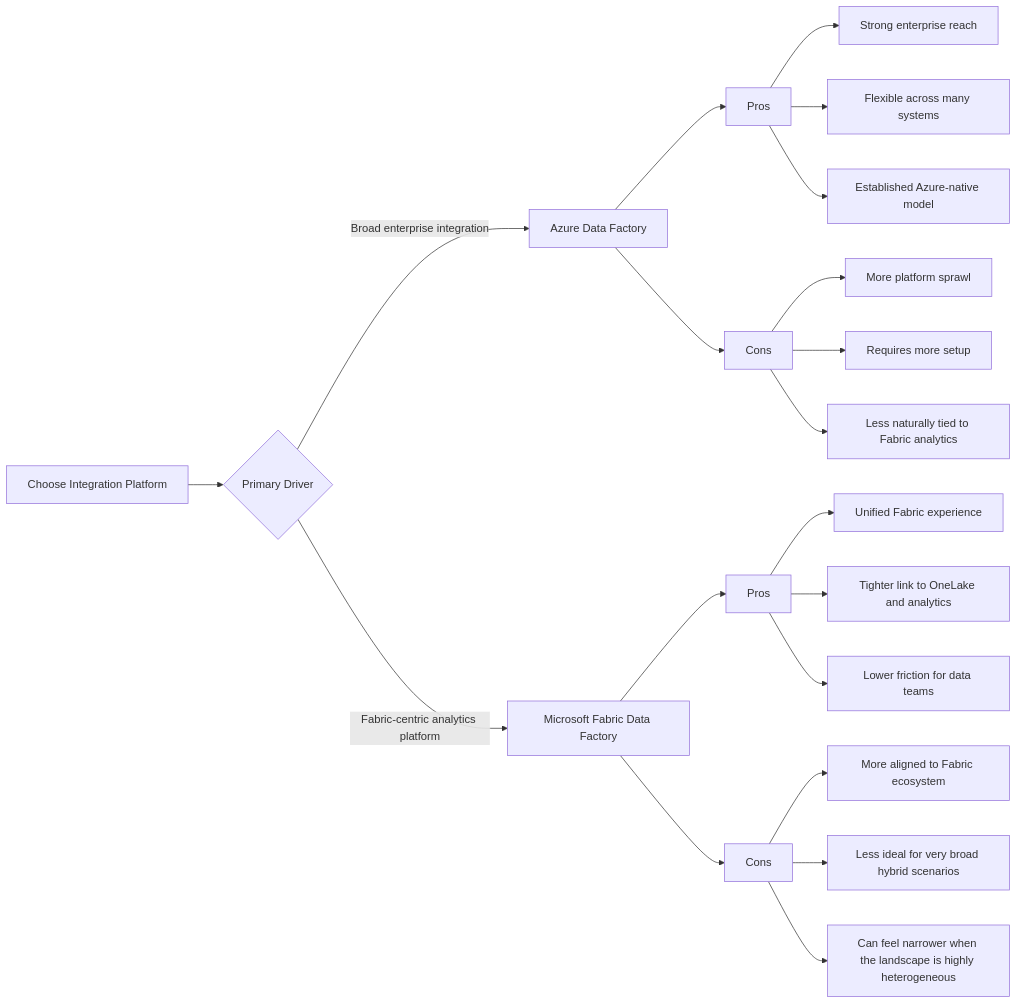
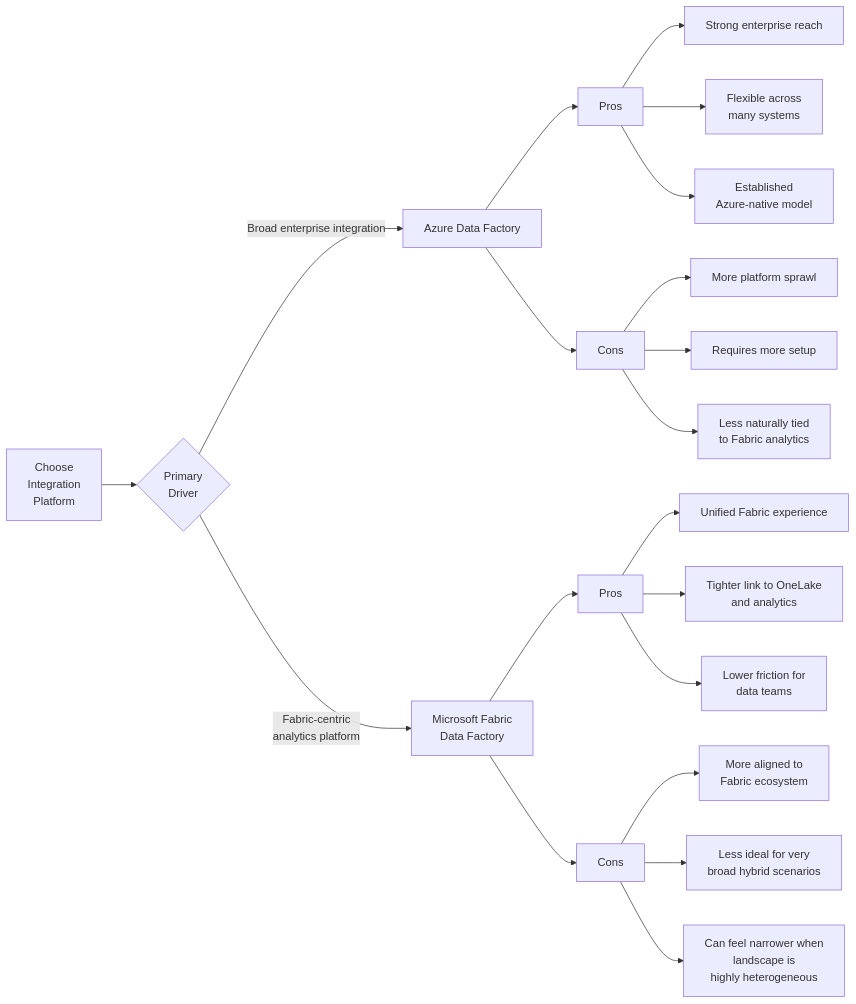
One commit to banban/architecture-as-code changed the sixth of 6 diagrams in blueprints/AIA/README.md. Above: the diagram before and after it, drawn with Mermaid. The commit also changed other lines of this file, not shown here.

Commit message:
add more concepts

````diff
--- a/blueprints/AIA/README.md
+++ b/blueprints/AIA/README.md
@@ -175,27 +224,27 @@
 ```mermaid
 flowchart LR
-    A[Choose Integration Platform] --> B{Primary Driver}
+    A[Choose<br/>Integration<br/>Platform] --> B{Primary<br/>Driver}
     B -->|Broad enterprise integration| C[Azure Data Factory]
-    B -->|Fabric-centric analytics platform| D[Microsoft Fabric Data Factory]
+    B -->|Fabric-centric<br/>analytics platform| D[Microsoft Fabric<br/>Data Factory]
 
     C --> E[Pros]
     C --> F[Cons]
     D --> G[Pros]
     D --> H[Cons]
 
     E --> E1[Strong enterprise reach]
-    E --> E2[Flexible across many systems]
-    E --> E3[Established Azure-native model]
+    E --> E2[Flexible across<br/>many systems]
+    E --> E3[Established<br/>Azure-native model]
 
     F --> F1[More platform sprawl]
     F --> F2[Requires more setup]
-    F --> F3[Less naturally tied to Fabric analytics]
+    F --> F3[Less naturally tied<br/>to Fabric analytics]
 
     G --> G1[Unified Fabric experience]
-    G --> G2[Tighter link to OneLake and analytics]
-    G --> G3[Lower friction for data teams]
+    G --> G2[Tighter link to OneLake<br/>and analytics]
+    G --> G3[Lower friction for<br/>data teams]
 
-    H --> H1[More aligned to Fabric ecosystem]
-    H --> H2[Less ideal for very broad hybrid scenarios]
-    H --> H3[Can feel narrower when the landscape is highly heterogeneous]
+    H --> H1[More aligned to<br/>Fabric ecosystem]
+    H --> H2[Less ideal for very<br/>broad hybrid scenarios]
+    H --> H3[Can feel narrower when<br/>landscape is<br/>highly heterogeneous]
 ```
````
